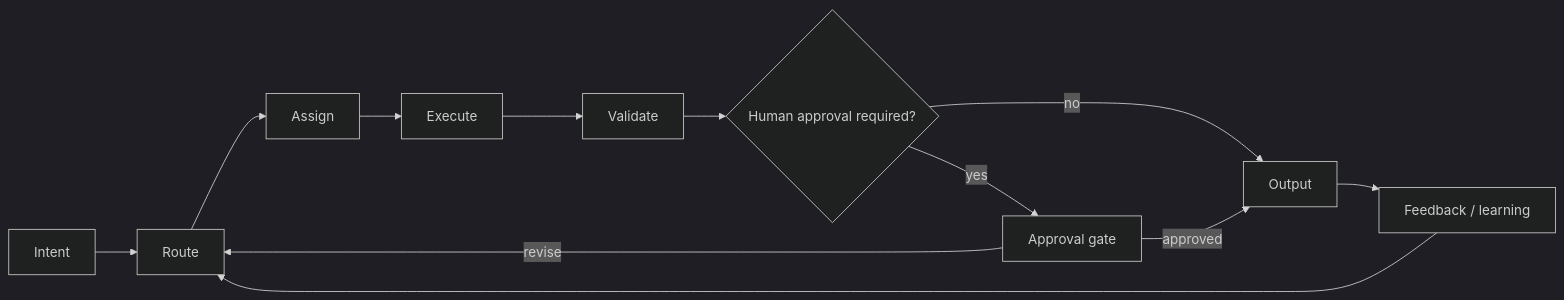
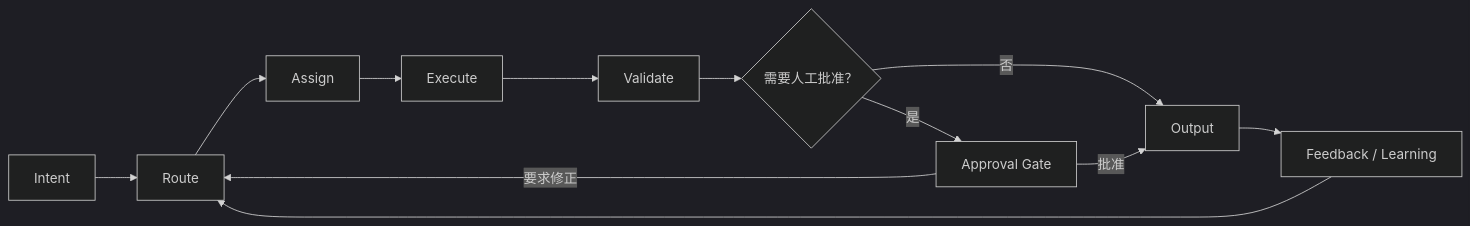
The third of 3 diagrams in docs/architecture/visual-map.md (sodahsu/ai-agent-architecture), drawn with Mermaid (dark theme) before and after one commit. The commit also changed other lines of this file, not shown here.

Commit message:
docs: 將架構視覺圖文件中文化

````diff
--- a/docs/architecture/visual-map.md
+++ b/docs/architecture/visual-map.md
@@ -53,14 +53,14 @@
 ```mermaid
 flowchart LR
     I[Intent] --> R[Route]
     R --> A[Assign]
     A --> E[Execute]
     E --> V[Validate]
-    V --> H{Human approval required?}
-    H -->|yes| P[Approval gate]
-    H -->|no| O[Output]
-    P -->|approved| O
-    P -->|revise| R
-    O --> F[Feedback / learning]
+    V --> H{需要人工批准？}
+    H -->|是| P[Approval Gate]
+    H -->|否| O[Output]
+    P -->|批准| O
+    P -->|要求修正| R
+    O --> F[Feedback / Learning]
     F --> R
 ```
````
